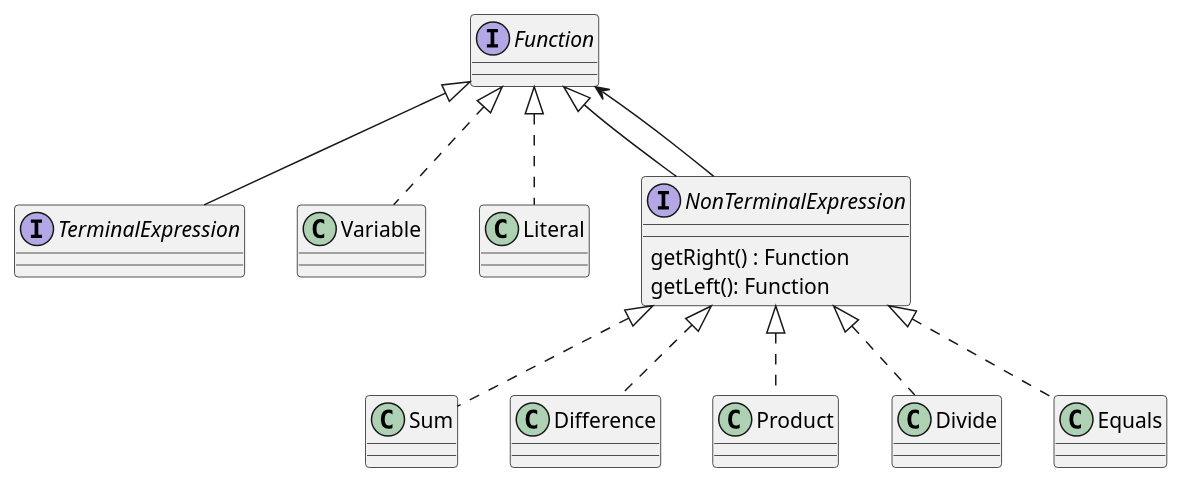
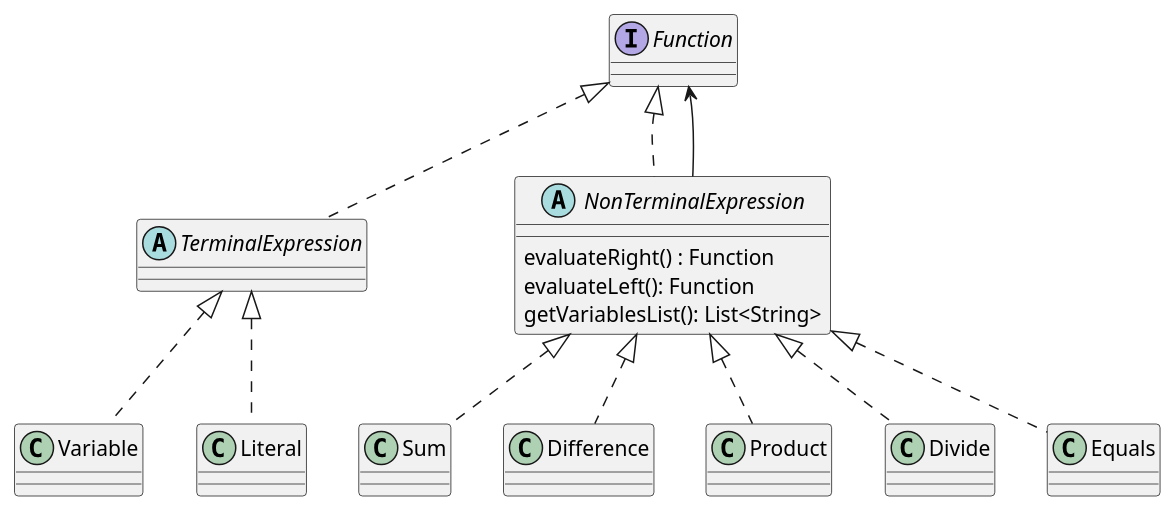
The diagram in diagrams/composite.puml (constanzalasarte/formula), drawn with PlantUML before and after one commit. The commit also changed 13 other files, not shown here.

```diff
--- a/diagrams/composite.puml
+++ b/diagrams/composite.puml
@@ -1,19 +1,20 @@
 @startuml
 interface Function {
 
 }
-interface TerminalExpression implements Function {}
-class Variable implements Function {}
-class Literal implements Function {}
-interface NonTerminalExpression implements Function {
-    getRight() : Function
-    getLeft(): Function
+abstract class TerminalExpression implements Function {}
+class Variable implements TerminalExpression {}
+class Literal implements TerminalExpression {}
+abstract class NonTerminalExpression implements Function {
+    evaluateRight() : Function
+    evaluateLeft(): Function
+    getVariablesList(): List<String>
 }
 class Sum implements NonTerminalExpression{}
 class Difference implements NonTerminalExpression{}
 class Product implements NonTerminalExpression{}
 class Divide implements NonTerminalExpression{}
 class Equals implements NonTerminalExpression{}
 
 NonTerminalExpression --> Function
 @enduml
```
